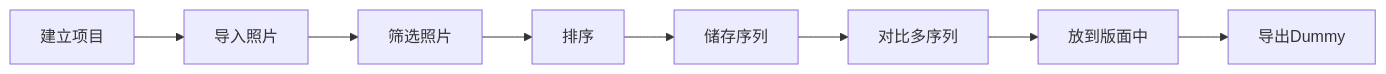
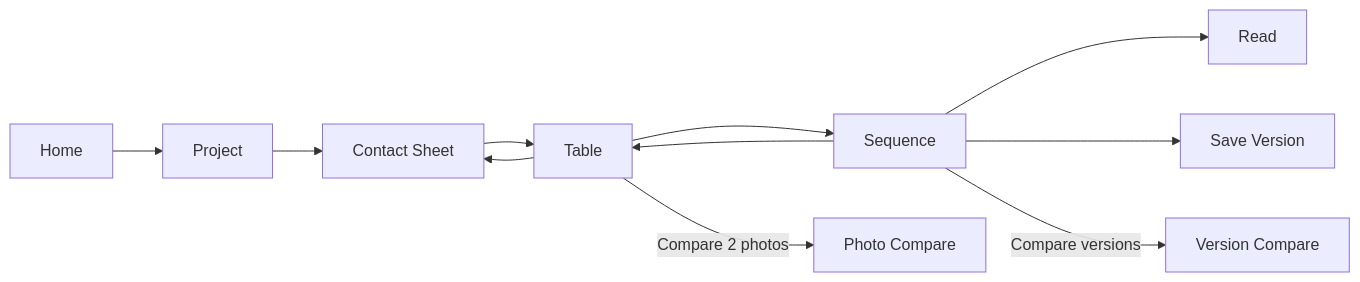
The first of 3 diagrams in MVP_Sequence/photoflex-MVP/docs/PRD_Sequence.md (maadjdot/Photoflex), drawn with Mermaid before and after one commit. The commit also changed other lines of this file and 80 other files, not shown here.

Commit message:
feat(m2): add worktable interactions and sequence tools

````diff
--- a/MVP_Sequence/photoflex-MVP/docs/PRD_Sequence.md
+++ b/MVP_Sequence/photoflex-MVP/docs/PRD_Sequence.md
@@ -69,5 +73,17 @@
 ```mermaid
 flowchart LR
-    Project[建立项目] --> Import[导入照片]--> Select[筛选照片] --> Sequence[排序] --> Save[储存序列] --> Compare[对比多序列] --> Dummy[放到版面中] --> Export[导出Dummy]
+    Home[Home]
+    Project[Project]
+    Contact[Contact Sheet]
+    Table[Table]
+    Sequence[Sequence]
+    Read[Read]
+    Version[Save Version]
 
+    Home --> Project --> Contact --> Table --> Sequence --> Read
+    Sequence --> Version
+    Table -->|Compare 2 photos| TableCompare[Photo Compare]
+    Sequence -->|Compare versions| VersionCompare[Version Compare]
+    Table --> Contact
+    Sequence --> Table
 ```
````
